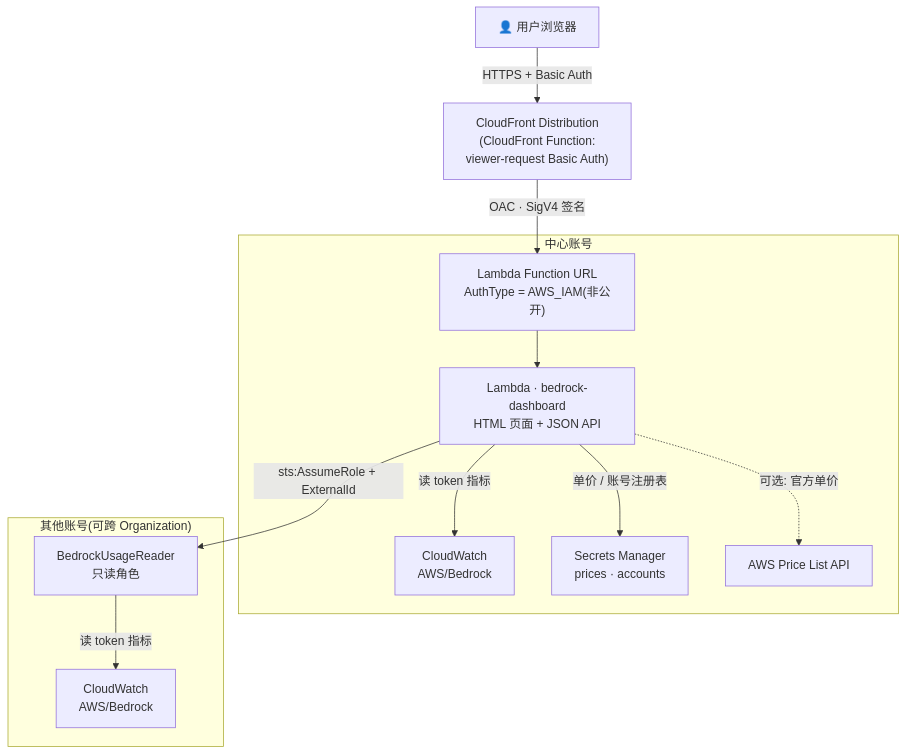
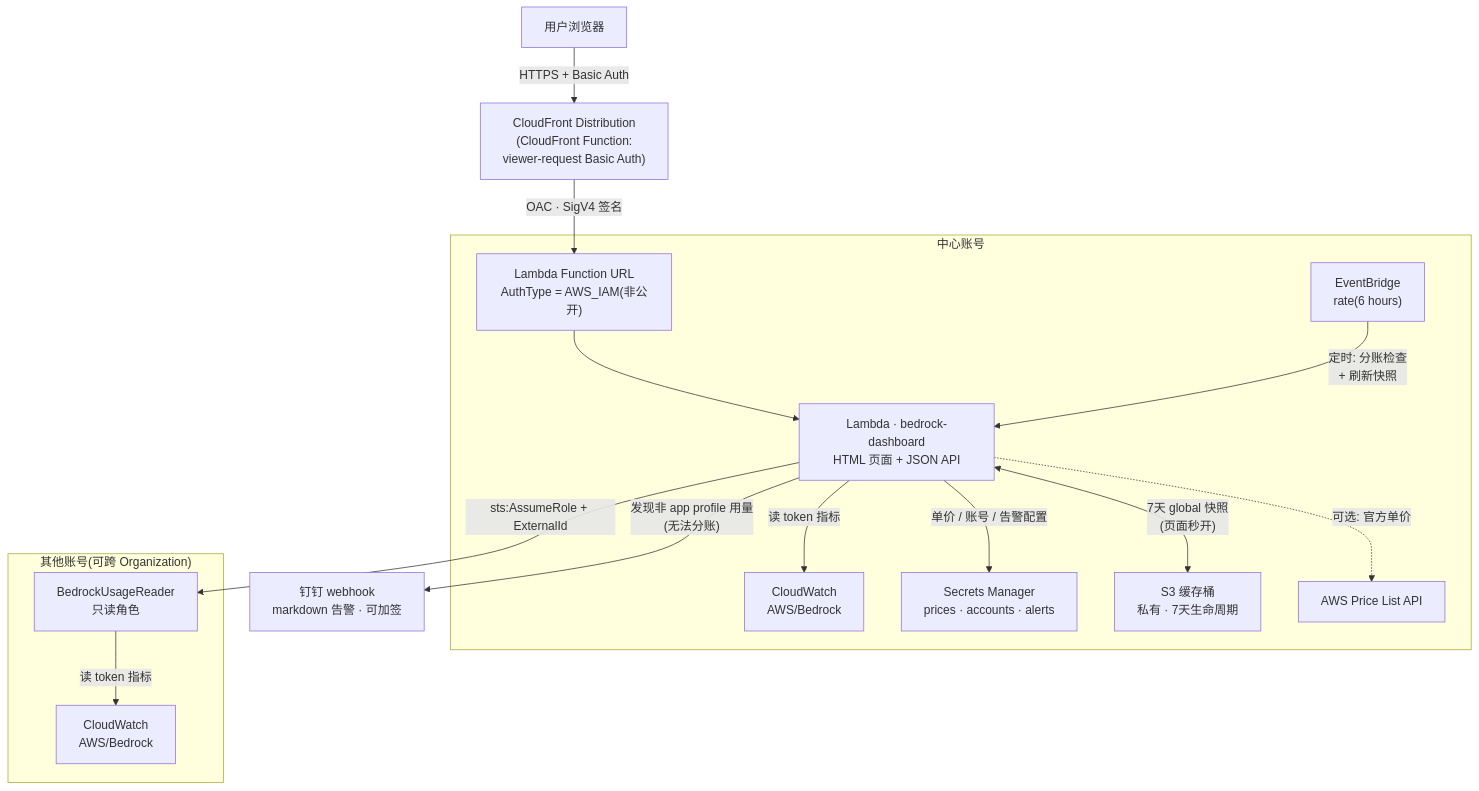
Before and after one commit to CrypticDriver/bedrock-usage-dashboard: the diagram in README.md, drawn with Mermaid. The commit also changed 2 other files, not shown here.

Commit message:
docs: architecture diagram adds EventBridge schedule, DingTalk alert path, S3 snapshot cache

````diff
--- a/README.md
+++ b/README.md
@@ -32,17 +32,21 @@
 ```mermaid
 flowchart TD
-  U["👤 用户浏览器"] -->|"HTTPS + Basic Auth"| CF["CloudFront Distribution<br/>(CloudFront Function:<br/>viewer-request Basic Auth)"]
+  U["用户浏览器"] -->|"HTTPS + Basic Auth"| CF["CloudFront Distribution<br/>(CloudFront Function:<br/>viewer-request Basic Auth)"]
   CF -->|"OAC · SigV4 签名"| FURL["Lambda Function URL<br/>AuthType = AWS_IAM(非公开)"]
 
   subgraph CENTRAL["中心账号"]
     FURL --> L["Lambda · bedrock-dashboard<br/>HTML 页面 + JSON API"]
+    EB["EventBridge<br/>rate(6 hours)"] -->|"定时: 分账检查<br/>+ 刷新快照"| L
     L -->|"读 token 指标"| CW["CloudWatch<br/>AWS/Bedrock"]
-    L -->|"单价 / 账号注册表"| SM["Secrets Manager<br/>prices · accounts"]
+    L -->|"单价 / 账号 / 告警配置"| SM["Secrets Manager<br/>prices · accounts · alerts"]
+    L <-->|"7天 global 快照<br/>(页面秒开)"| S3["S3 缓存桶<br/>私有 · 7天生命周期"]
     L -.->|"可选: 官方单价"| PR["AWS Price List API"]
   end
+
+  L -->|"发现非 app profile 用量<br/>(无法分账)"| DT["钉钉 webhook<br/>markdown 告警 · 可加签"]
 
   L -->|"sts:AssumeRole + ExternalId"| RR
   subgraph ORG["其他账号(可跨 Organization)"]
     RR["BedrockUsageReader<br/>只读角色"] -->|"读 token 指标"| CW2["CloudWatch<br/>AWS/Bedrock"]
   end
 ```
````
